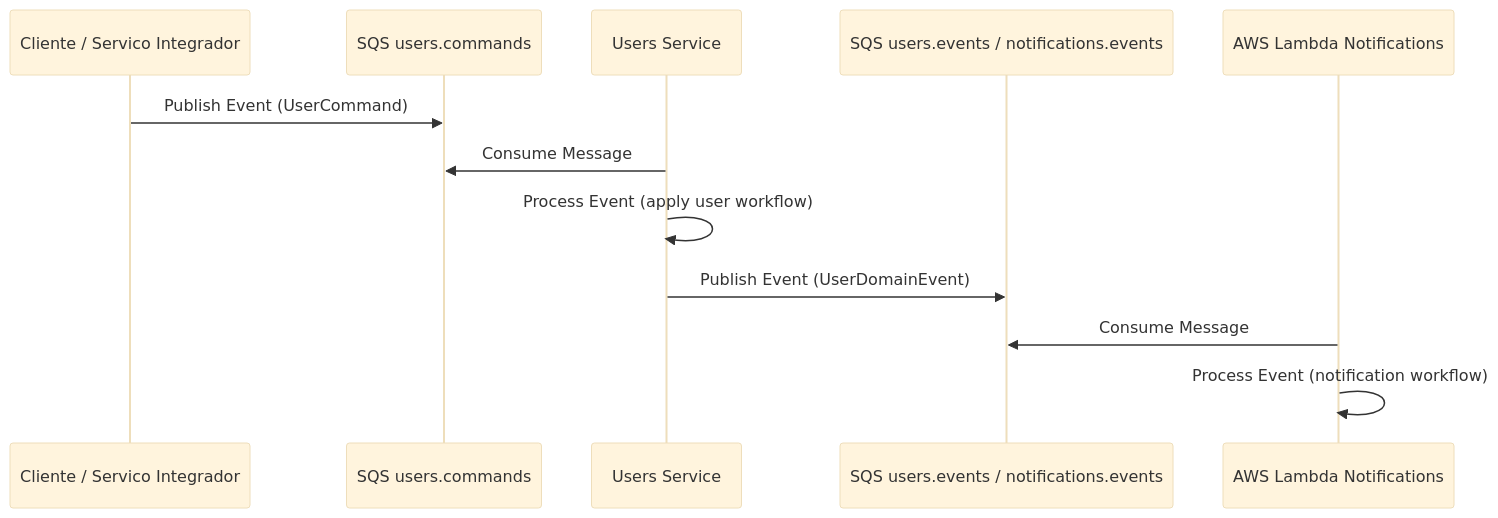
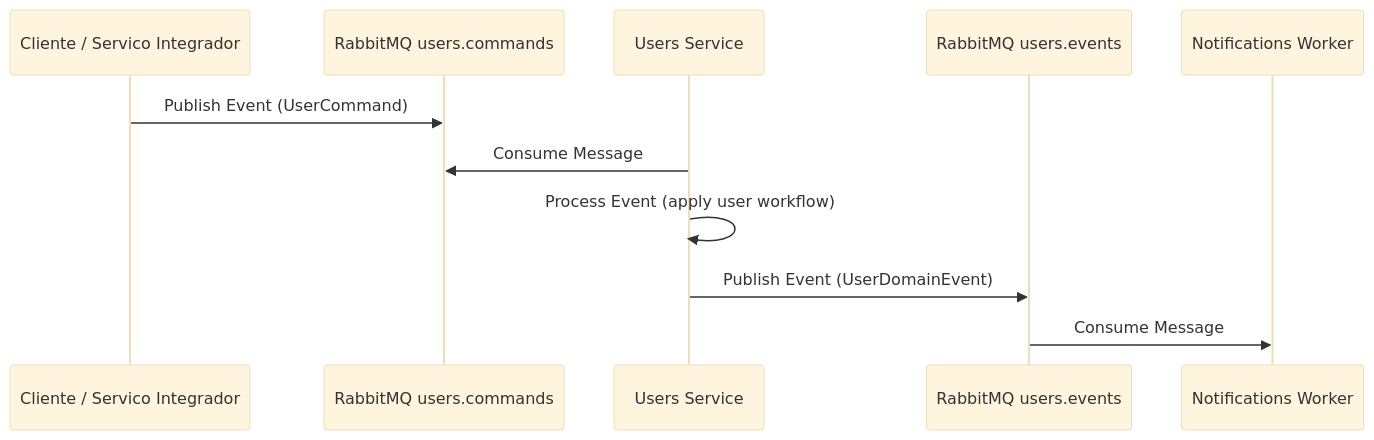
The second of 5 diagrams in README.md (louresb/cloud-games-fase-4-users), drawn with Mermaid (base theme) before and after one commit. The commit also changed other lines of this file and 1 other file, not shown here.

Commit message:
Align users documentation and dependency patch

````diff
--- a/README.md
+++ b/README.md
@@ -54,15 +52,14 @@
 ```mermaid
 sequenceDiagram
     participant Client as Cliente / Servico Integrador
-    participant SQSCommands as SQS users.commands
+    participant Commands as RabbitMQ users.commands
     participant Users as Users Service
-    participant SQSEvents as SQS users.events / notifications.events
-    participant Lambda as AWS Lambda Notifications
+    participant Events as RabbitMQ users.events
+    participant Notifications as Notifications Worker
 
-    Client->>SQSCommands: Publish Event (UserCommand)
-    Users->>SQSCommands: Consume Message
+    Client->>Commands: Publish Event (UserCommand)
+    Users->>Commands: Consume Message
     Users->>Users: Process Event (apply user workflow)
-    Users->>SQSEvents: Publish Event (UserDomainEvent)
-    Lambda->>SQSEvents: Consume Message
-    Lambda->>Lambda: Process Event (notification workflow)
+    Users->>Events: Publish Event (UserDomainEvent)
+    Events->>Notifications: Consume Message
 ```
````
